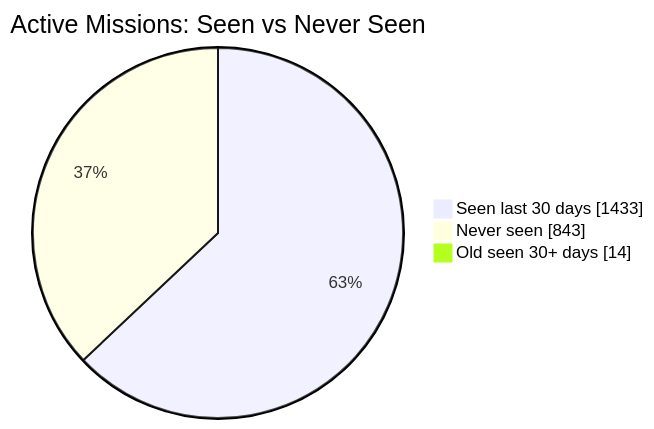
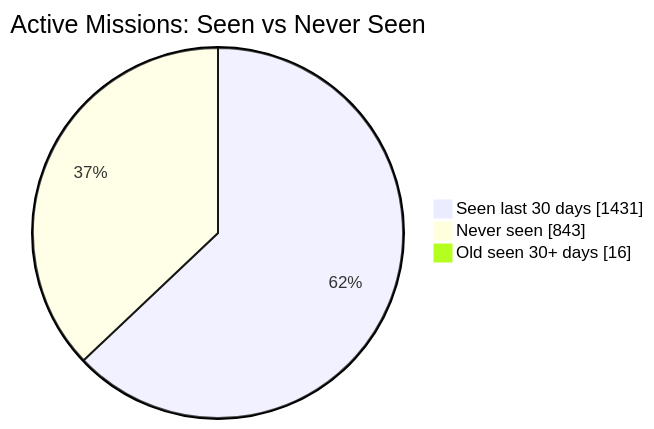
Before and after one commit to MeldkamerspelGameTeam/active-missions: the first of 2 diagrams in README.md, drawn with Mermaid. The commit also changed other lines of this file and 2 other files, not shown here.

````diff
--- a/README.md
+++ b/README.md
@@ -34,7 +34,7 @@
 ```mermaid
 pie showData
     title Active Missions: Seen vs Never Seen
-    "Seen last 30 days" : 1433
+    "Seen last 30 days" : 1431
     "Never seen" : 843
-    "Old seen 30+ days" : 14
+    "Old seen 30+ days" : 16
 ```
````
